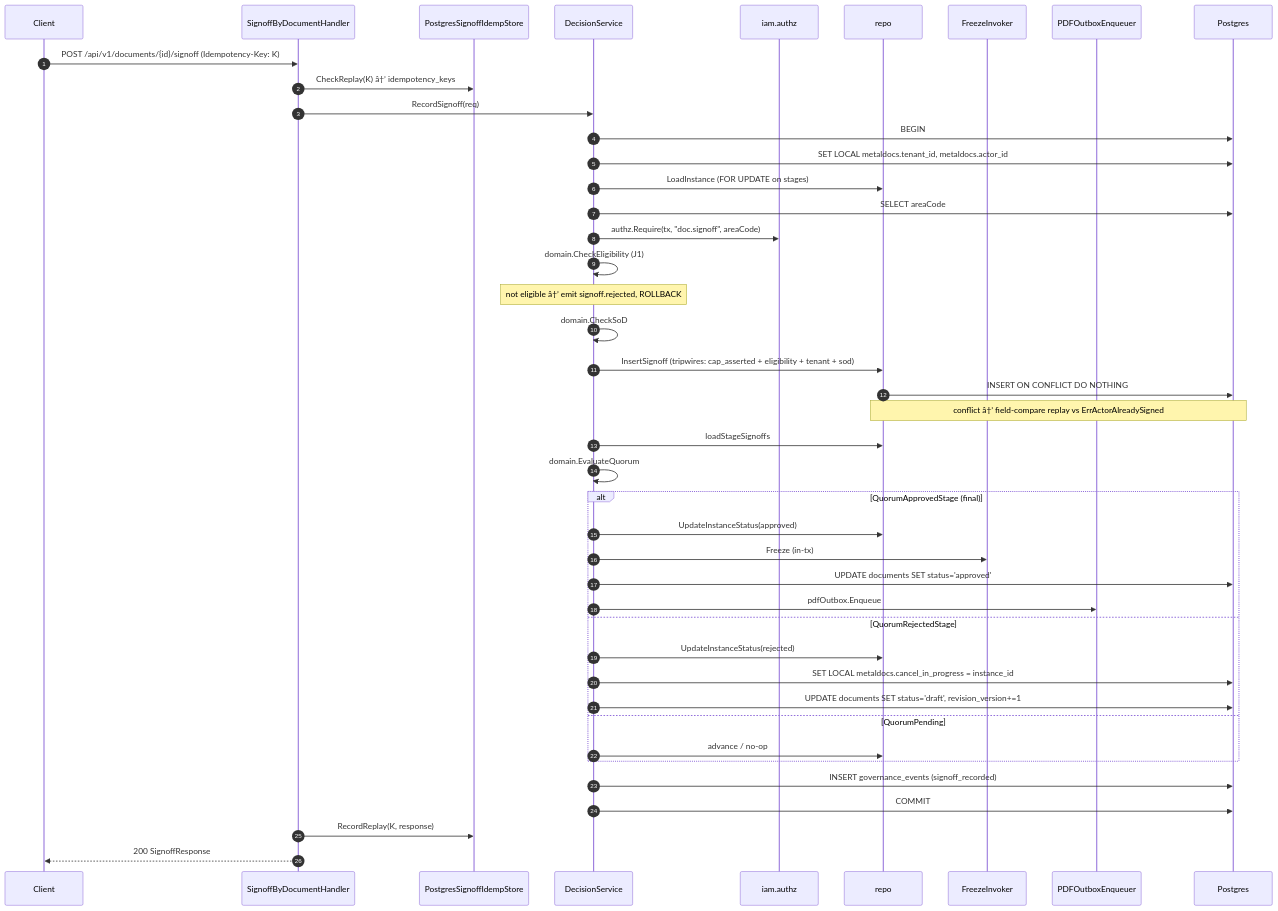
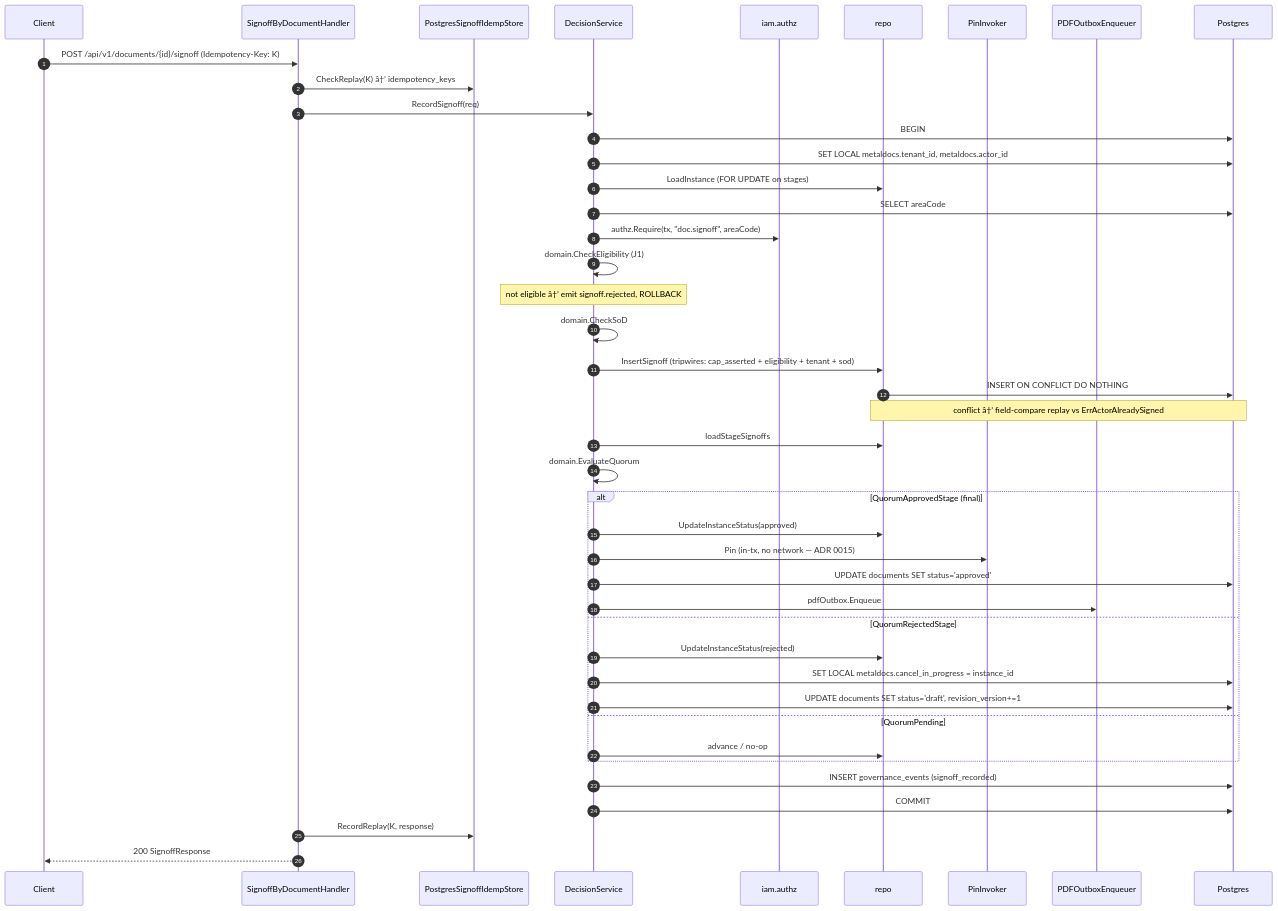
Before and after one commit to developmentconexus-ops/MetalDocs: the fourth of 5 diagrams in wiki/modules/approval.md, drawn with Mermaid. The commit also changed other lines of this file and 4 other files, not shown here.

First line of the commit message:
docs(wiki): ADR 0015 + sequence/C4/module updates for async freeze

````diff
--- a/wiki/modules/approval.md
+++ b/wiki/modules/approval.md
@@ -280,45 +280,45 @@
 ```mermaid
 sequenceDiagram
     autonumber
     participant C as Client
     participant H as SignoffByDocumentHandler
     participant I as PostgresSignoffIdempStore
     participant D as DecisionService
     participant Z as iam.authz
     participant R as repo
-    participant F as FreezeInvoker
+    participant F as PinInvoker
     participant O as PDFOutboxEnqueuer
     participant DB as Postgres
     C->>H: POST /api/v1/documents/{id}/signoff (Idempotency-Key: K)
     H->>I: CheckReplay(K) â†’ idempotency_keys
     H->>D: RecordSignoff(req)
     D->>DB: BEGIN
     D->>DB: SET LOCAL metaldocs.tenant_id, metaldocs.actor_id
     D->>R: LoadInstance (FOR UPDATE on stages)
     D->>DB: SELECT areaCode
     D->>Z: authz.Require(tx, "doc.signoff", areaCode)
     D->>D: domain.CheckEligibility (J1)
     Note over D: not eligible â†’ emit signoff.rejected, ROLLBACK
     D->>D: domain.CheckSoD
     D->>R: InsertSignoff (tripwires: cap_asserted + eligibility + tenant + sod)
     R->>DB: INSERT ON CONFLICT DO NOTHING
     Note over R,DB: conflict â†’ field-compare replay vs ErrActorAlreadySigned
     D->>R: loadStageSignoffs
     D->>D: domain.EvaluateQuorum
     alt QuorumApprovedStage (final)
         D->>R: UpdateInstanceStatus(approved)
-        D->>F: Freeze (in-tx)
+        D->>F: Pin (in-tx, no network — ADR 0015)
         D->>DB: UPDATE documents SET status='approved'
         D->>O: pdfOutbox.Enqueue
     else QuorumRejectedStage
         D->>R: UpdateInstanceStatus(rejected)
         D->>DB: SET LOCAL metaldocs.cancel_in_progress = instance_id
         D->>DB: UPDATE documents SET status='draft', revision_version+=1
     else QuorumPending
         D->>R: advance / no-op
     end
     D->>DB: INSERT governance_events (signoff_recorded)
     D->>DB: COMMIT
     H->>I: RecordReplay(K, response)
     H-->>C: 200 SignoffResponse
 ```
````
